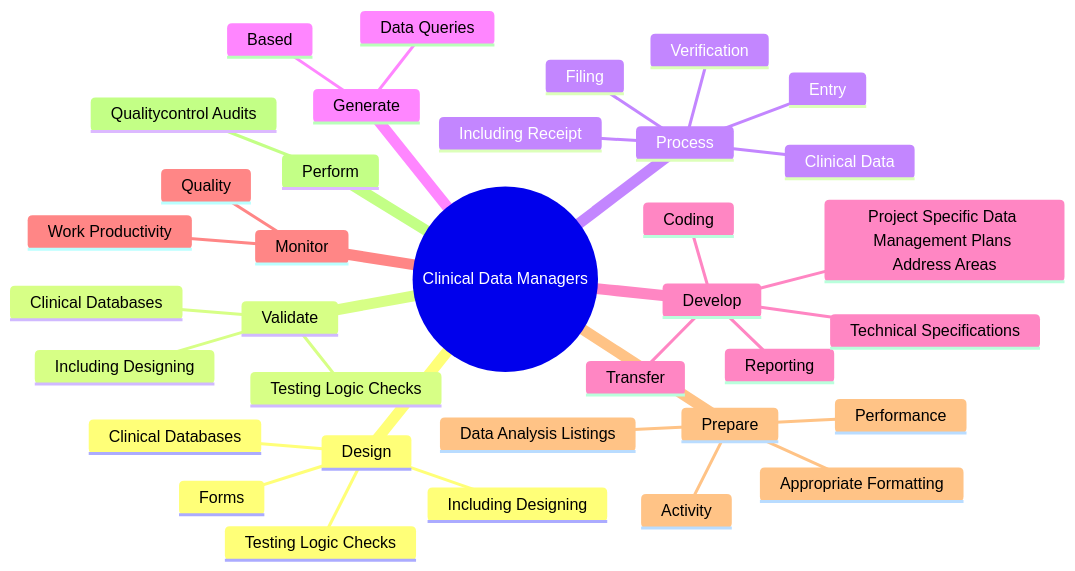
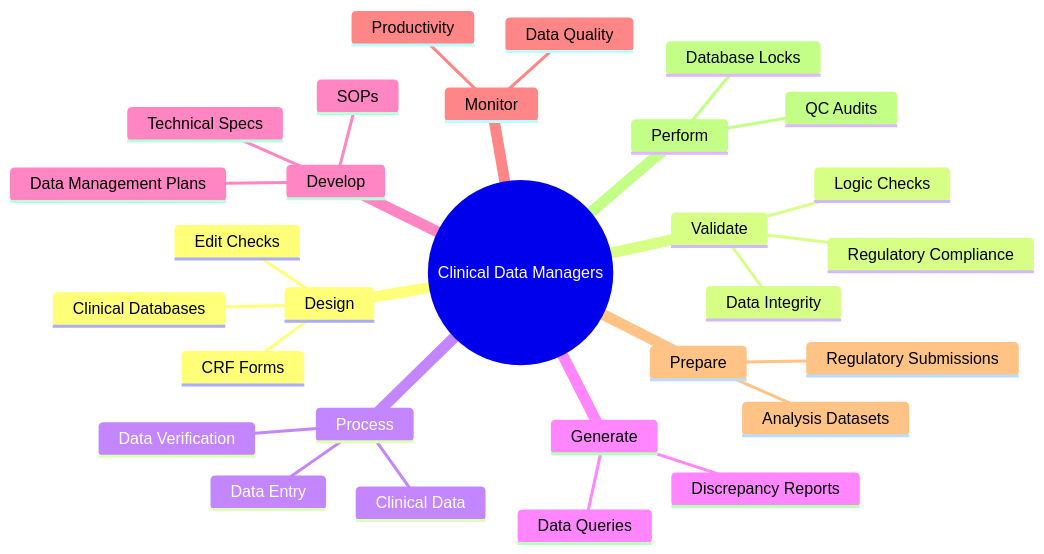
Before and after one commit to kziemski/business.org.ai: the second of 4 diagrams in occupations/Technology/ClinicalDataManagers.mdx, drawn with Mermaid. The commit also changed other lines of this file and 938 other files, not shown here.

````diff
--- a/occupations/Technology/ClinicalDataManagers.mdx
+++ b/occupations/Technology/ClinicalDataManagers.mdx
@@ -38,38 +46,32 @@
 ```mermaid
 mindmap
     root(("Clinical Data Managers"))
         Design
             Clinical Databases
-            Including Designing
-            Testing Logic Checks
-            Forms
+            CRF Forms
+            Edit Checks
         Validate
-            Clinical Databases
-            Including Designing
-            Testing Logic Checks
+            Data Integrity
+            Logic Checks
+            Regulatory Compliance
         Process
             Clinical Data
-            Including Receipt
-            Entry
-            Verification
-            Filing
+            Data Entry
+            Data Verification
         Generate
             Data Queries
-            Based
+            Discrepancy Reports
         Develop
-            Project Specific Data Management Plans Address Areas
-            Coding
-            Reporting
-            Transfer
-            Technical Specifications
+            Data Management Plans
+            SOPs
+            Technical Specs
         Monitor
-            Work Productivity
-            Quality
+            Data Quality
+            Productivity
         Prepare
-            Appropriate Formatting
-            Data Analysis Listings
-            Activity
-            Performance
+            Regulatory Submissions
+            Analysis Datasets
         Perform
-            Qualitycontrol Audits
+            QC Audits
+            Database Locks
 ```
````
